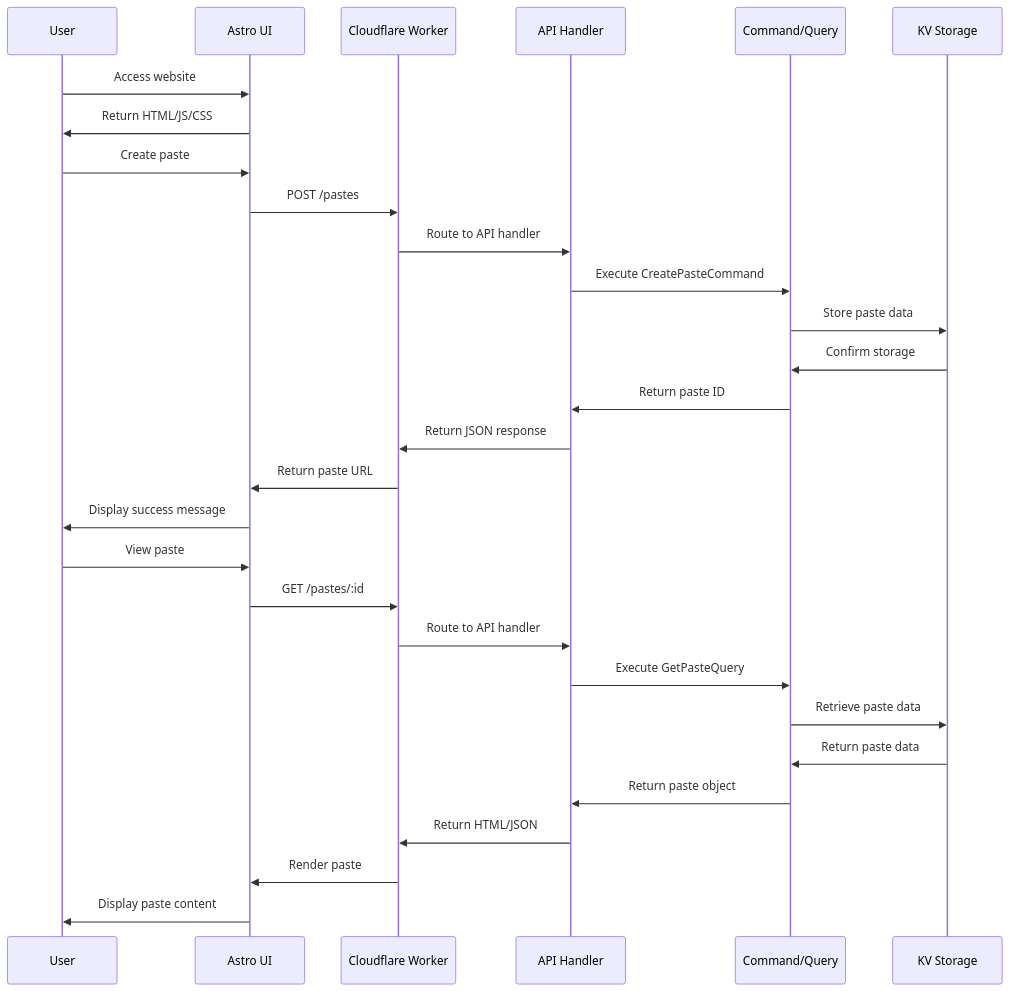
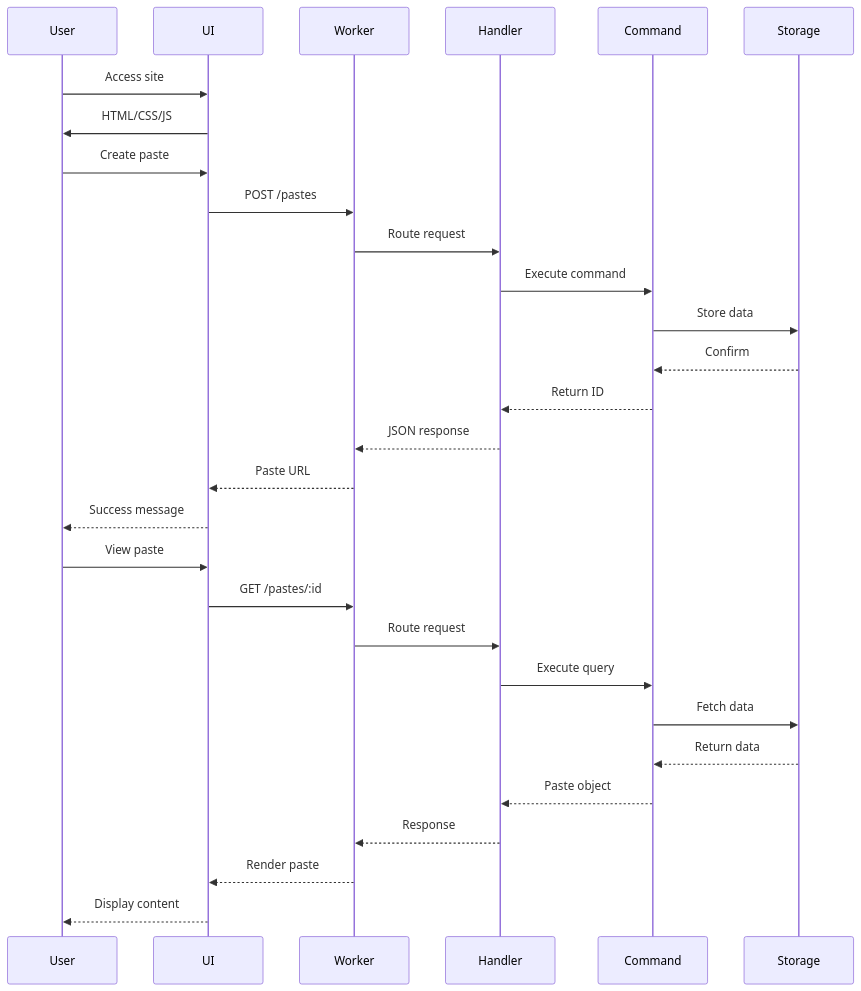
The second of 7 diagrams in docs/DOCUMENTATION.md (erfianugrah/pastebin), drawn with Mermaid before and after one commit. The commit also changed other lines of this file and 4 other files, not shown here.

Commit message:
updated mermaid diagrams

````diff
--- a/docs/DOCUMENTATION.md
+++ b/docs/DOCUMENTATION.md
@@ -104,34 +104,34 @@
 ```mermaid
 sequenceDiagram
-    participant User
-    participant UI as Astro UI
-    participant Worker as Cloudflare Worker
-    participant Handler as API Handler
-    participant Command as Command/Query
-    participant KV as KV Storage
+    participant U as User
+    participant UI as UI
+    participant W as Worker
+    participant H as Handler
+    participant C as Command
+    participant KV as Storage
     
-    User->>UI: Access website
-    UI->>User: Return HTML/JS/CSS
+    U->>UI: Access site
+    UI->>U: HTML/CSS/JS
     
-    User->>UI: Create paste
-    UI->>Worker: POST /pastes
-    Worker->>Handler: Route to API handler
-    Handler->>Command: Execute CreatePasteCommand
-    Command->>KV: Store paste data
-    KV->>Command: Confirm storage
-    Command->>Handler: Return paste ID
-    Handler->>Worker: Return JSON response
-    Worker->>UI: Return paste URL
-    UI->>User: Display success message
+    U->>UI: Create paste
+    UI->>W: POST /pastes
+    W->>H: Route request
+    H->>C: Execute command
+    C->>KV: Store data
+    KV-->>C: Confirm
+    C-->>H: Return ID
+    H-->>W: JSON response
+    W-->>UI: Paste URL
+    UI-->>U: Success message
     
-    User->>UI: View paste
-    UI->>Worker: GET /pastes/:id
-    Worker->>Handler: Route to API handler
-    Handler->>Command: Execute GetPasteQuery
-    Command->>KV: Retrieve paste data
-    KV->>Command: Return paste data
-    Command->>Handler: Return paste object
-    Handler->>Worker: Return HTML/JSON
-    Worker->>UI: Render paste
-    UI->>User: Display paste content
+    U->>UI: View paste
+    UI->>W: GET /pastes/:id
+    W->>H: Route request
+    H->>C: Execute query
+    C->>KV: Fetch data
+    KV-->>C: Return data
+    C-->>H: Paste object
+    H-->>W: Response
+    W-->>UI: Render paste
+    UI-->>U: Display content
 ```
````
